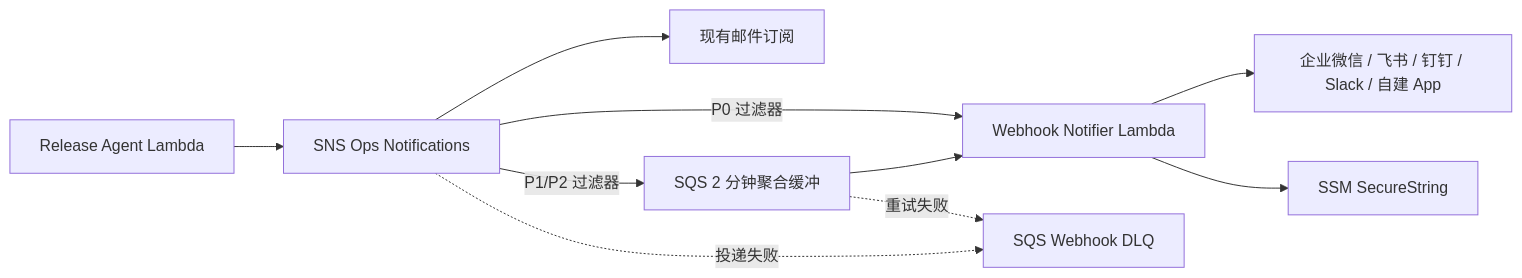
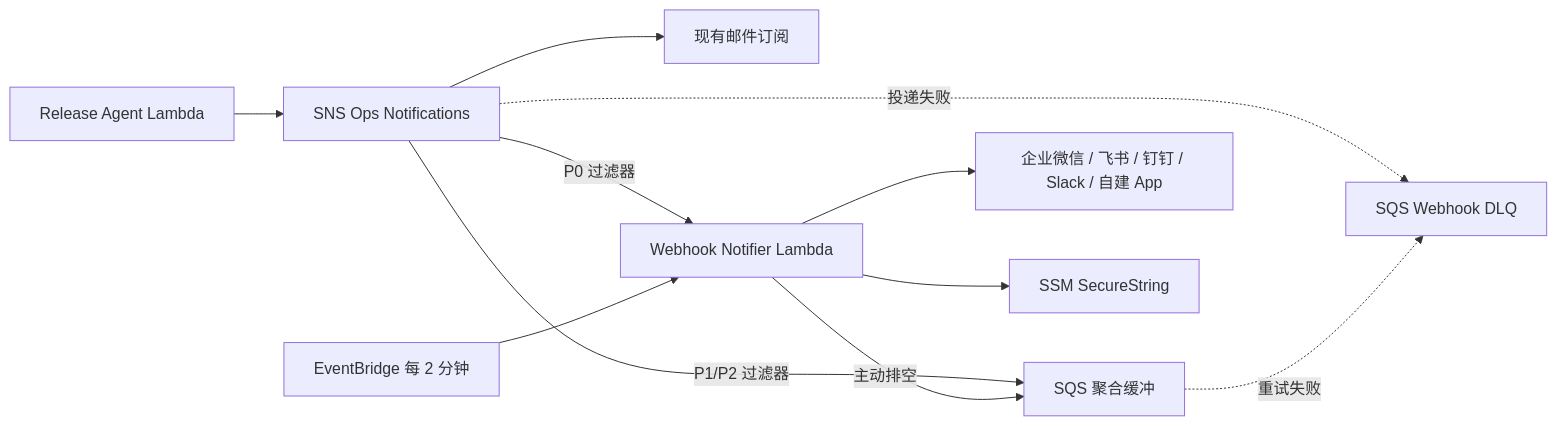
One commit to fashiontai/bhb-login changed the diagram in docs/aiops-app-webhook-notifications.md. Above: the diagram before and after it, drawn with Mermaid. The commit also changed other lines of this file and 3 other files, not shown here.

````diff
--- a/docs/aiops-app-webhook-notifications.md
+++ b/docs/aiops-app-webhook-notifications.md
@@ -24,12 +24,13 @@
 ```mermaid
 flowchart LR
   RELEASE[Release Agent Lambda] --> TOPIC[SNS Ops Notifications]
   TOPIC --> EMAIL[现有邮件订阅]
   TOPIC -->|P0 过滤器| WEBHOOK[Webhook Notifier Lambda]
-  TOPIC -->|P1/P2 过滤器| BUFFER[SQS 2 分钟聚合缓冲]
-  BUFFER --> WEBHOOK
+  TOPIC -->|P1/P2 过滤器| BUFFER[SQS 聚合缓冲]
+  SCHEDULE[EventBridge 每 2 分钟] --> WEBHOOK
+  WEBHOOK -->|主动排空| BUFFER
   WEBHOOK --> APP[企业微信 / 飞书 / 钉钉 / Slack / 自建 App]
   TOPIC -. 投递失败 .-> DLQ[SQS Webhook DLQ]
   BUFFER -. 重试失败 .-> DLQ
   WEBHOOK --> PARAM[SSM SecureString]
 ```
````
